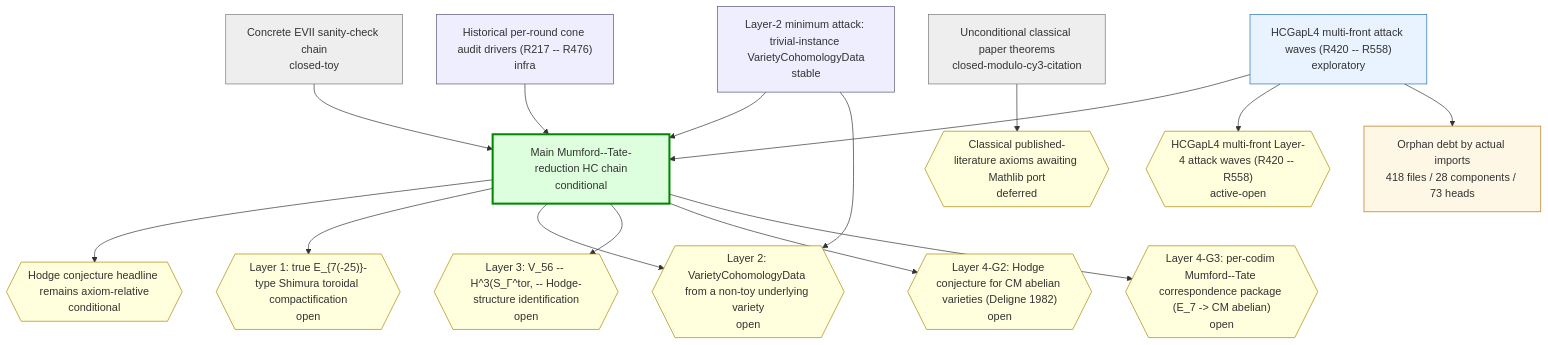
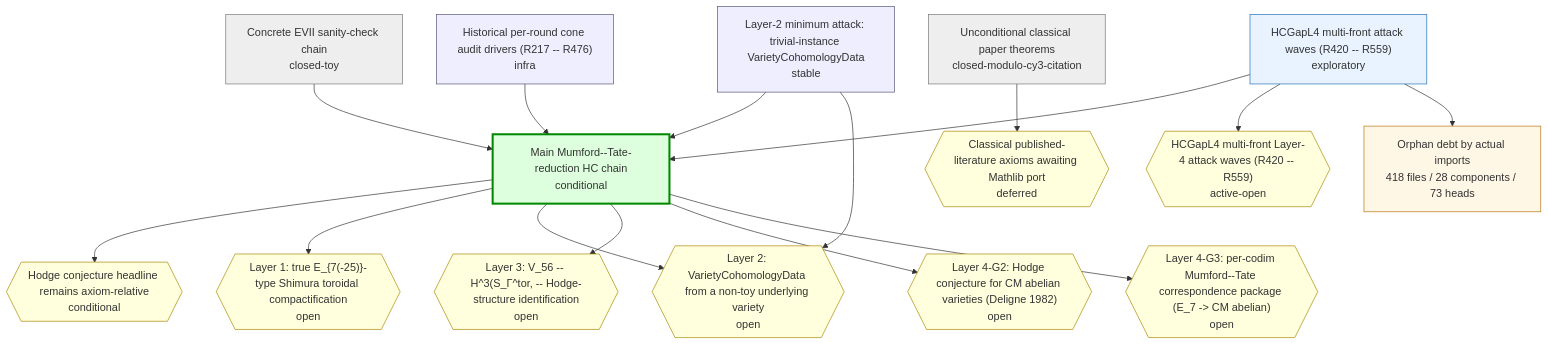
One commit to crabsatellite/hodge-conjecture-lean4-formalization changed the first of 2 diagrams in chain-status/research-map.md. Above: the diagram before and after it, drawn with Mermaid. The commit also changed other lines of this file and 7 other files, not shown here.

````diff
--- a/chain-status/research-map.md
+++ b/chain-status/research-map.md
@@ -45,44 +45,44 @@
 ```mermaid
 graph TD
   classDef main fill:#dfd,stroke:#080,stroke-width:3px
   classDef active fill:#e8f3ff,stroke:#2670b8
   classDef support fill:#eef,stroke:#557
   classDef closed fill:#eee,stroke:#777
   classDef dead fill:#fdd,stroke:#a00,stroke-width:2px
   classDef gapOpen fill:#ffd,stroke:#a80
   classDef gapClosed fill:#eee,stroke:#777
   classDef gapDead fill:#fdd,stroke:#a00
   classDef debt fill:#fff7e6,stroke:#b87514
   classDef debtTaxonomy fill:#e8f3ff,stroke:#2670b8,stroke-dasharray:3 3
   classDef debtRule fill:#eefbea,stroke:#398439,stroke-dasharray:3 3
   classDef debtDead fill:#fdd,stroke:#a00,stroke-dasharray:3 3
   chain_main_hc_axiom_relative["Main Mumford--Tate-reduction HC chain\nconditional"]:::main
   chain_unconditional_classical["Unconditional classical paper theorems\nclosed-modulo-cy3-citation"]:::closed
   chain_hcgap_l2_trivial_instances["Layer-2 minimum attack: trivial-instance VarietyCohomologyData\nstable"]:::support
-  chain_hcgap_l4_multifront_active["HCGapL4 multi-front attack waves (R420 -- R558)\nexploratory"]:::active
+  chain_hcgap_l4_multifront_active["HCGapL4 multi-front attack waves (R420 -- R559)\nexploratory"]:::active
   chain_concrete_evii_toy["Concrete EVII sanity-check chain\nclosed-toy"]:::closed
   chain_historical_cone_audits["Historical per-round cone audit drivers (R217 -- R476)\ninfra"]:::support
   gap_G_main_hc{{"Hodge conjecture headline remains axiom-relative\nconditional"}}:::gapOpen
   gap_G_l1_e7_shimura_tor{{"Layer 1: true E_{7(-25)}-type Shimura toroidal compactification\nopen"}}:::gapOpen
   gap_G_l2_cohomology_construction{{"Layer 2: VarietyCohomologyData from a non-toy underlying variety\nopen"}}:::gapOpen
   gap_G_l3_v56_mt_identification{{"Layer 3: V_56 -- H^3(S_Γ^tor, -- Hodge-structure identification\nopen"}}:::gapOpen
   gap_G_l4_cm_abelian_hc{{"Layer 4-G2: Hodge conjecture for CM abelian varieties (Deligne 1982)\nopen"}}:::gapOpen
   gap_G_l4_mt_correspondence{{"Layer 4-G3: per-codim Mumford--Tate correspondence package (E_7 -> CM abelian)\nopen"}}:::gapOpen
   gap_G_classical_mathlib_port{{"Classical published-literature axioms awaiting Mathlib port\ndeferred"}}:::gapOpen
-  gap_G_hcgap_l4_multifront{{"HCGapL4 multi-front Layer-4 attack waves (R420 -- R558)\nactive-open"}}:::gapOpen
+  gap_G_hcgap_l4_multifront{{"HCGapL4 multi-front Layer-4 attack waves (R420 -- R559)\nactive-open"}}:::gapOpen
   chain_main_hc_axiom_relative --> gap_G_main_hc
   chain_main_hc_axiom_relative --> gap_G_l1_e7_shimura_tor
   chain_main_hc_axiom_relative --> gap_G_l2_cohomology_construction
   chain_main_hc_axiom_relative --> gap_G_l3_v56_mt_identification
   chain_main_hc_axiom_relative --> gap_G_l4_cm_abelian_hc
   chain_main_hc_axiom_relative --> gap_G_l4_mt_correspondence
   chain_unconditional_classical --> gap_G_classical_mathlib_port
   chain_hcgap_l2_trivial_instances --> chain_main_hc_axiom_relative
   chain_hcgap_l2_trivial_instances --> gap_G_l2_cohomology_construction
   chain_hcgap_l4_multifront_active --> chain_main_hc_axiom_relative
   chain_hcgap_l4_multifront_active --> gap_G_hcgap_l4_multifront
   chain_concrete_evii_toy --> chain_main_hc_axiom_relative
   chain_historical_cone_audits --> chain_main_hc_axiom_relative
   debt_all["Orphan debt by actual imports\n418 files / 28 components / 73 heads"]:::debt
   chain_hcgap_l4_multifront_active --> debt_all
 ```
````
